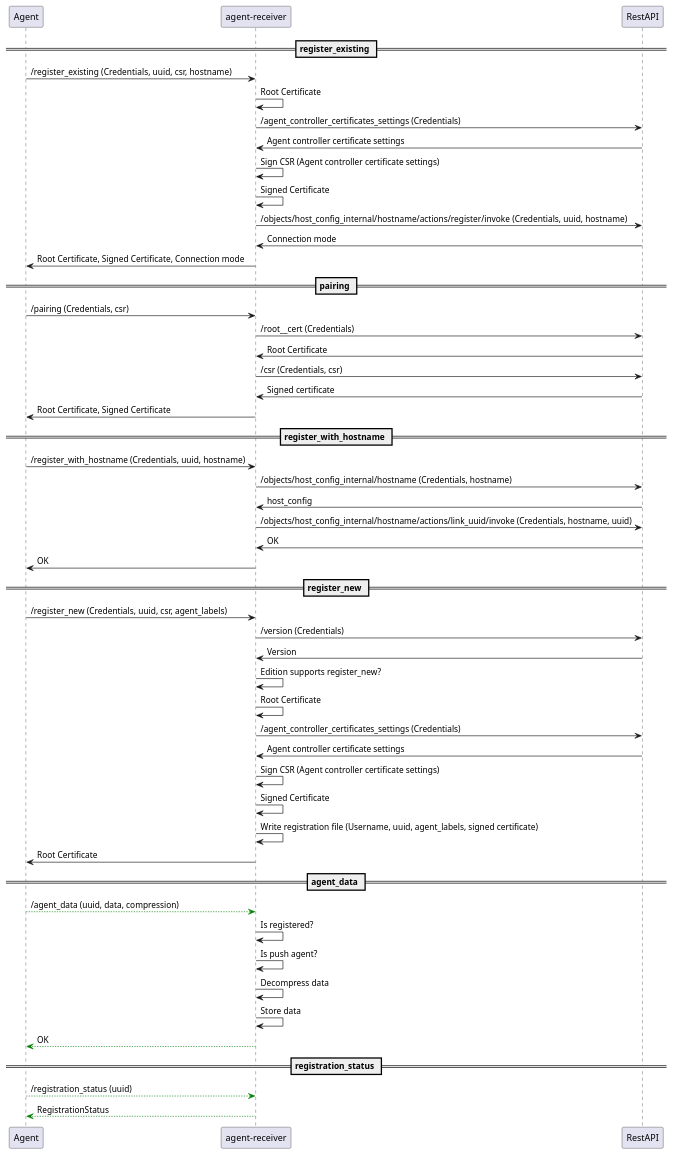
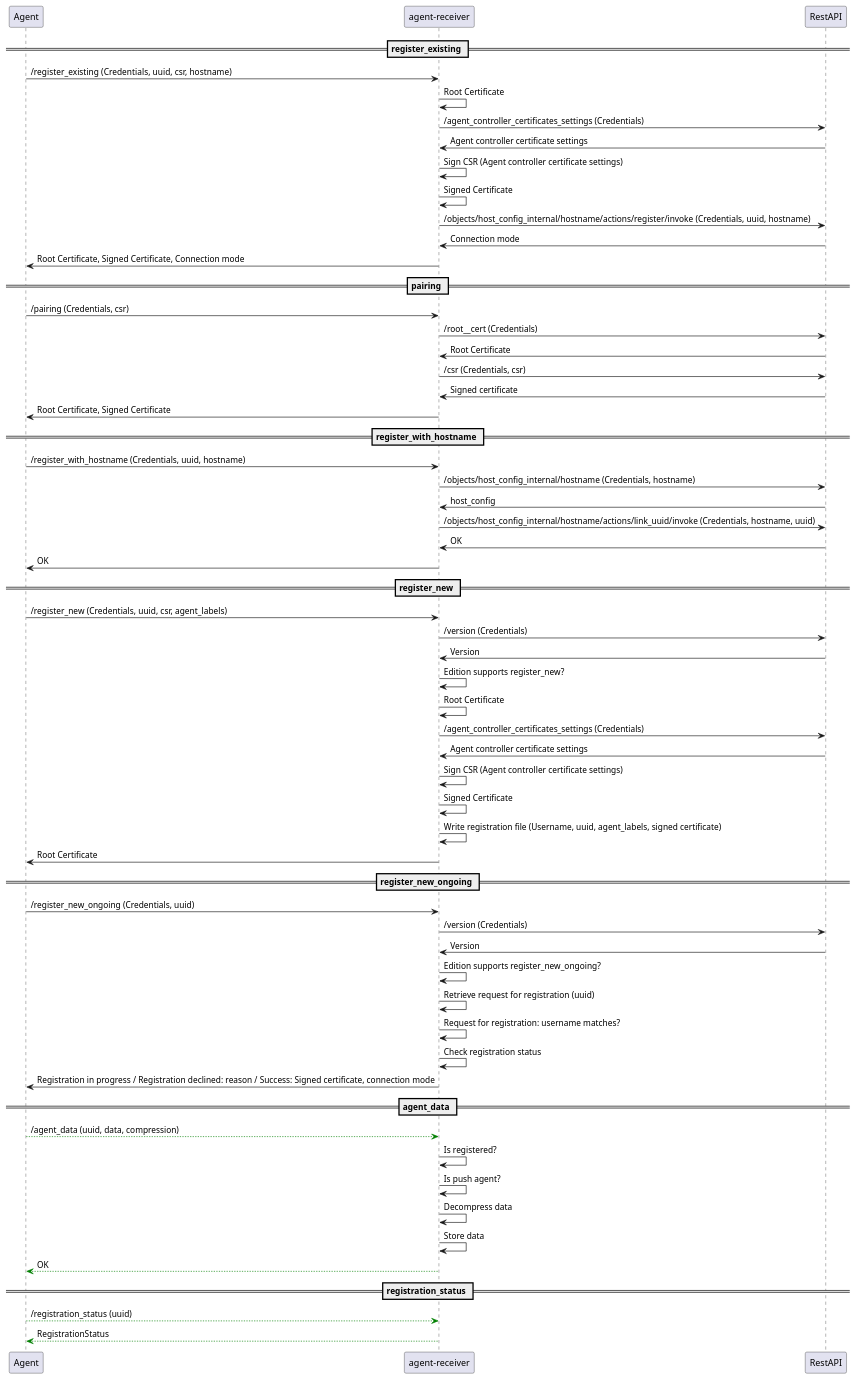
The diagram in doc/documentation/arch-comp-agent-receiver.puml (Checkmk/checkmk), drawn with PlantUML before and after one commit. The commit also changed 3 other files, not shown here.

First line of the commit message:
Agent receiver: New /register_new_ongoing endpoint

```diff
--- a/doc/documentation/arch-comp-agent-receiver.puml
+++ b/doc/documentation/arch-comp-agent-receiver.puml
@@ -1,71 +1,83 @@
 @startuml
 
 participant Agent as agent
 participant "agent-receiver" as agent_receiver
 participant "RestAPI" as rest_api
 
 == register_existing ==
 
 agent -> agent_receiver: /register_existing (Credentials, uuid, csr, hostname)
 agent_receiver -> agent_receiver: Root Certificate
 agent_receiver -> rest_api: /agent_controller_certificates_settings (Credentials)
 rest_api -> agent_receiver: Agent controller certificate settings
 agent_receiver -> agent_receiver: Sign CSR (Agent controller certificate settings)
 agent_receiver -> agent_receiver: Signed Certificate
 agent_receiver -> rest_api: /objects/host_config_internal/hostname/actions/register/invoke (Credentials, uuid, hostname)
 rest_api -> agent_receiver: Connection mode
 agent_receiver -> agent: Root Certificate, Signed Certificate, Connection mode
 
 
 == pairing ==
 
 agent -> agent_receiver:  /pairing (Credentials, csr)
 agent_receiver -> rest_api: /root__cert (Credentials)
 rest_api -> agent_receiver: Root Certificate
 agent_receiver -> rest_api: /csr (Credentials, csr)
 rest_api -> agent_receiver: Signed certificate
 agent_receiver -> agent: Root Certificate, Signed Certificate
 
 
 == register_with_hostname ==
 
 agent -> agent_receiver: /register_with_hostname (Credentials, uuid, hostname)
 agent_receiver -> rest_api: /objects/host_config_internal/hostname (Credentials, hostname)
 rest_api -> agent_receiver: host_config
 agent_receiver -> rest_api: /objects/host_config_internal/hostname/actions/link_uuid/invoke (Credentials, hostname, uuid)
 rest_api -> agent_receiver: OK
 agent_receiver -> agent: OK
 
 
 == register_new ==
 
 agent -> agent_receiver: /register_new (Credentials, uuid, csr, agent_labels)
 agent_receiver -> rest_api: /version (Credentials)
 rest_api -> agent_receiver: Version
 agent_receiver -> agent_receiver: Edition supports register_new?
 agent_receiver -> agent_receiver: Root Certificate
 agent_receiver -> rest_api: /agent_controller_certificates_settings (Credentials)
 rest_api -> agent_receiver: Agent controller certificate settings
 agent_receiver -> agent_receiver: Sign CSR (Agent controller certificate settings)
 agent_receiver -> agent_receiver: Signed Certificate
 agent_receiver -> agent_receiver: Write registration file (Username, uuid, agent_labels, signed certificate)
 agent_receiver -> agent: Root Certificate
 
 
+== register_new_ongoing ==
+
+agent -> agent_receiver: /register_new_ongoing (Credentials, uuid)
+agent_receiver -> rest_api: /version (Credentials)
+rest_api -> agent_receiver: Version
+agent_receiver -> agent_receiver: Edition supports register_new_ongoing?
+agent_receiver -> agent_receiver: Retrieve request for registration (uuid)
+agent_receiver -> agent_receiver: Request for registration: username matches?
+agent_receiver -> agent_receiver: Check registration status
+agent_receiver -> agent: Registration in progress / Registration declined: reason / Success: Signed certificate, connection mode
+
+
 == agent_data ==
 
 agent -[#green]-> agent_receiver: /agent_data (uuid, data, compression)
 agent_receiver -> agent_receiver: Is registered?
 agent_receiver -> agent_receiver: Is push agent?
 agent_receiver -> agent_receiver: Decompress data
 agent_receiver -> agent_receiver: Store data
 agent_receiver -[#green]-> agent: OK
 
 
 == registration_status ==
 
 agent -[#green]-> agent_receiver: /registration_status (uuid)
 agent_receiver -[#green]-> agent: RegistrationStatus
 
 
 @enduml
```
